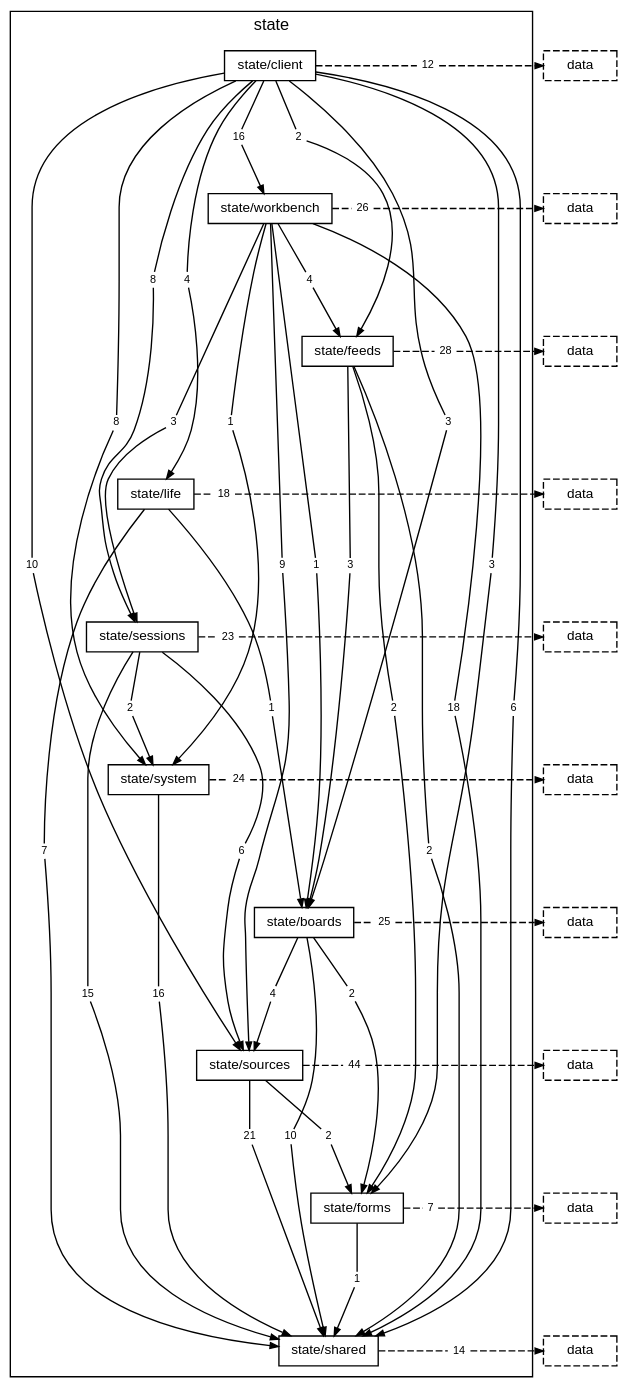
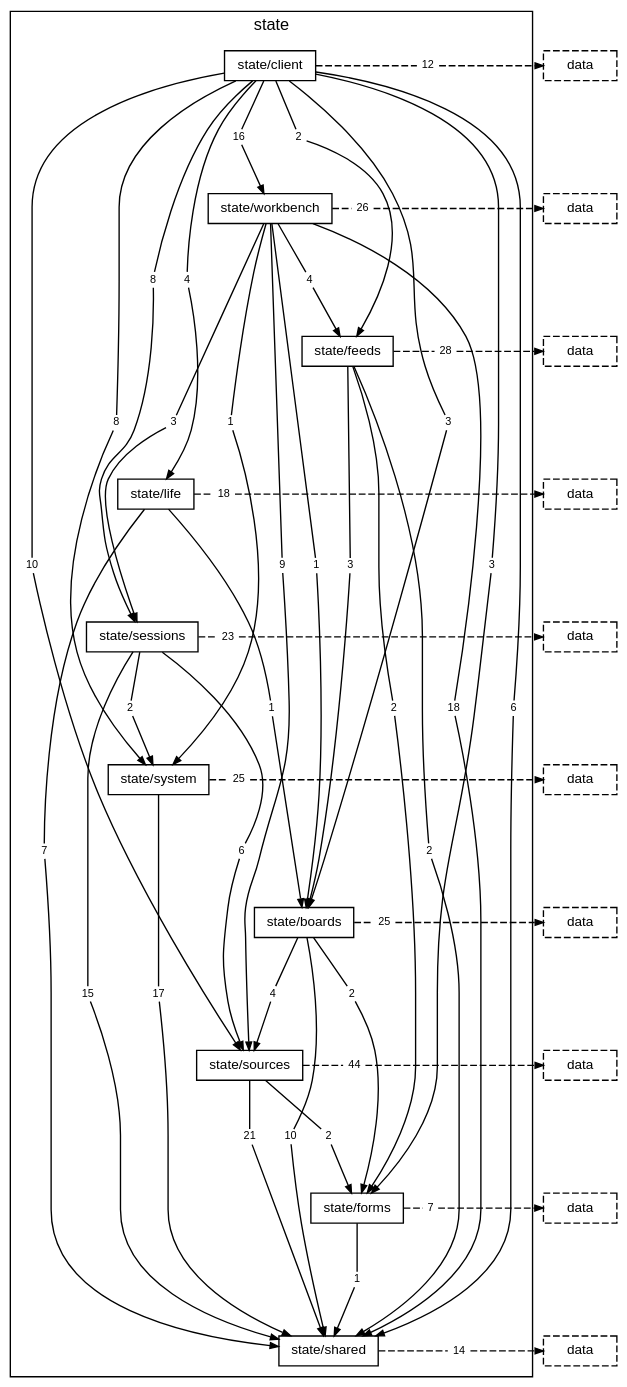
The diagram in docs/diagrams/layer-state.dot (TheAxeC/oculus), drawn with Graphviz before and after one commit. The commit also changed 65 other files, not shown here.

```diff
--- a/docs/diagrams/layer-state.dot
+++ b/docs/diagrams/layer-state.dot
@@ -42,8 +42,8 @@
         "folder state/sessions to folder state/sources" [label="6", shape=box, color="transparent", fontsize=8, width=0, height=0, margin="0.04,0.02"];
         "folder state/sessions to folder state/system" [label="2", shape=box, color="transparent", fontsize=8, width=0, height=0, margin="0.04,0.02"];
         "folder state/sessions to layer data" [label="23", shape=box, color="transparent", fontsize=8, width=0, height=0, margin="0.04,0.02"];
-        "folder state/system to folder state/shared" [label="16", shape=box, color="transparent", fontsize=8, width=0, height=0, margin="0.04,0.02"];
-        "folder state/system to layer data" [label="24", shape=box, color="transparent", fontsize=8, width=0, height=0, margin="0.04,0.02"];
+        "folder state/system to folder state/shared" [label="17", shape=box, color="transparent", fontsize=8, width=0, height=0, margin="0.04,0.02"];
+        "folder state/system to layer data" [label="25", shape=box, color="transparent", fontsize=8, width=0, height=0, margin="0.04,0.02"];
         "folder state/boards to folder state/forms" [label="2", shape=box, color="transparent", fontsize=8, width=0, height=0, margin="0.04,0.02"];
         "folder state/boards to folder state/shared" [label="10", shape=box, color="transparent", fontsize=8, width=0, height=0, margin="0.04,0.02"];
         "folder state/boards to folder state/sources" [label="4", shape=box, color="transparent", fontsize=8, width=0, height=0, margin="0.04,0.02"];
```
